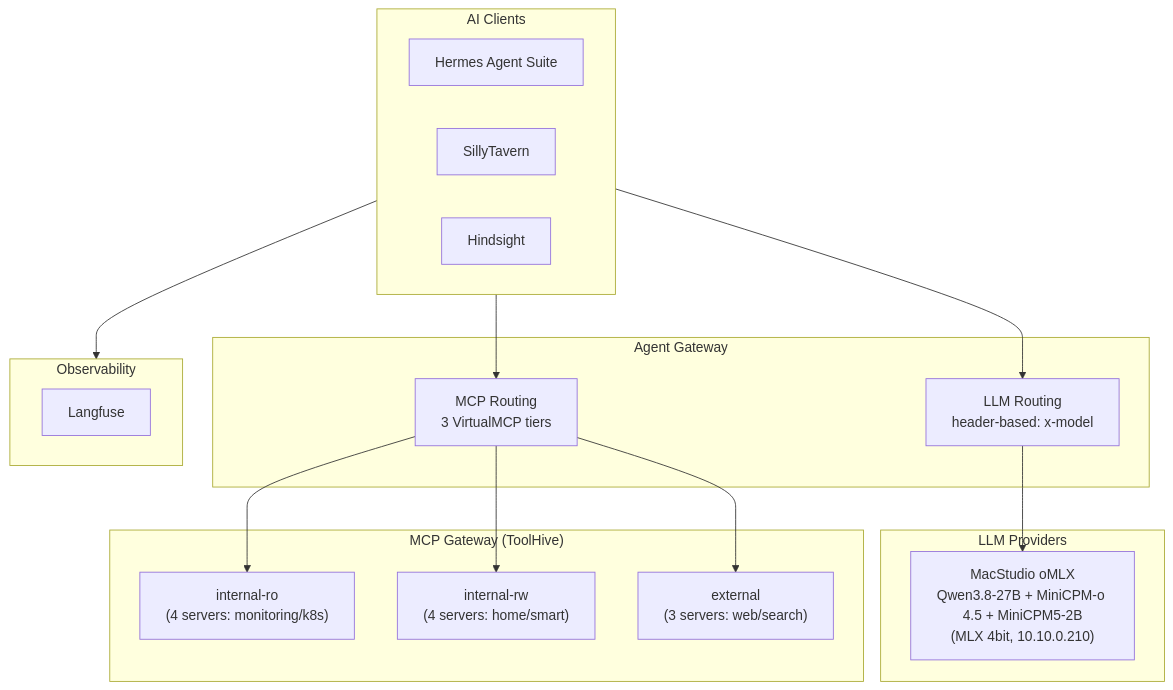
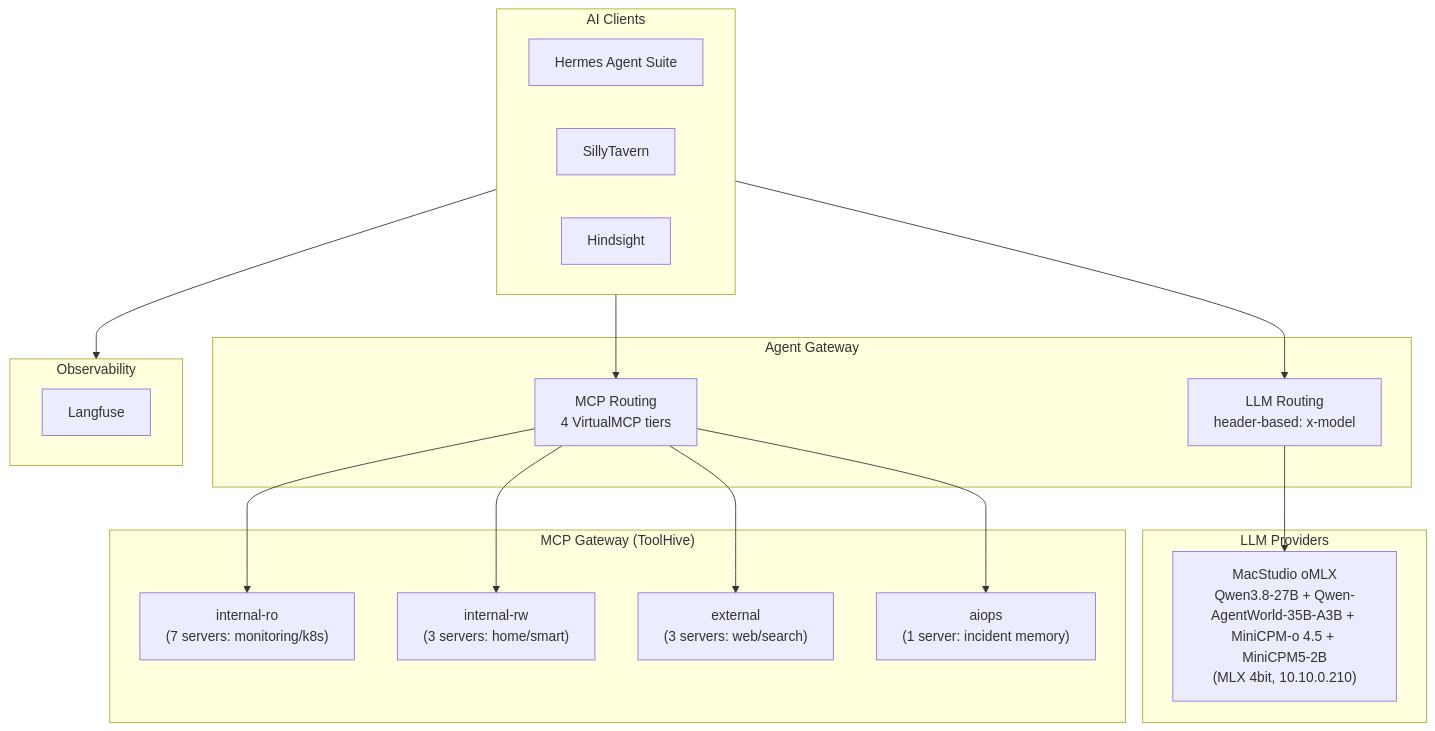
Before and after one commit to soulwhisper/home-ops: the diagram in docs/application/ai.md, drawn with Mermaid. The commit also changed other lines of this file and 11 other files, not shown here.

````diff
--- a/docs/application/ai.md
+++ b/docs/application/ai.md
@@ -8,35 +8,37 @@
 ```mermaid
 flowchart TB
     subgraph Clients["AI Clients"]
         Hermes["Hermes Agent Suite"]
         ST["SillyTavern"]
         HS["Hindsight"]
     end
 
     subgraph Gateway["Agent Gateway"]
         AG-LLM["LLM Routing<br/>header-based: x-model"]
-        AG-MCP["MCP Routing<br/>3 VirtualMCP tiers"]
+        AG-MCP["MCP Routing<br/>4 VirtualMCP tiers"]
     end
 
     subgraph LLM["LLM Providers"]
-        Studio["MacStudio oMLX<br/>Qwen3.8-27B + MiniCPM-o 4.5 + MiniCPM5-2B<br/>(MLX 4bit, 10.10.0.210)"]
+        Studio["MacStudio oMLX<br/>Qwen3.8-27B + Qwen-AgentWorld-35B-A3B + MiniCPM-o 4.5 + MiniCPM5-2B<br/>(MLX 4bit, 10.10.0.210)"]
     end
 
     subgraph MCP["MCP Gateway (ToolHive)"]
-        VMCP-RO["internal-ro<br/>(4 servers: monitoring/k8s)"]
-        VMCP-RW["internal-rw<br/>(4 servers: home/smart)"]
+        VMCP-RO["internal-ro<br/>(7 servers: monitoring/k8s)"]
+        VMCP-RW["internal-rw<br/>(3 servers: home/smart)"]
         VMCP-EXT["external<br/>(3 servers: web/search)"]
+        VMCP-AIOPS["aiops<br/>(1 server: incident memory)"]
     end
 
     subgraph Obs["Observability"]
         Langfuse["Langfuse"]
     end
 
     Clients --> AG-LLM
     Clients --> AG-MCP
     AG-LLM --> Studio
     AG-MCP --> VMCP-RO
     AG-MCP --> VMCP-RW
     AG-MCP --> VMCP-EXT
+    AG-MCP --> VMCP-AIOPS
     Clients --> Obs
 ```
````
